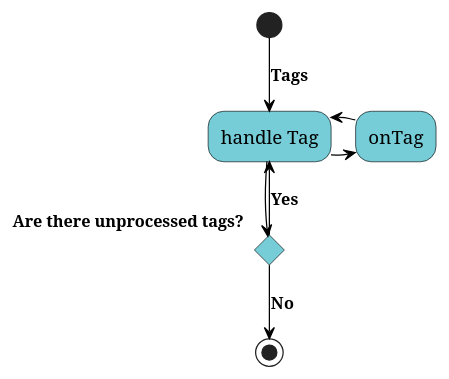
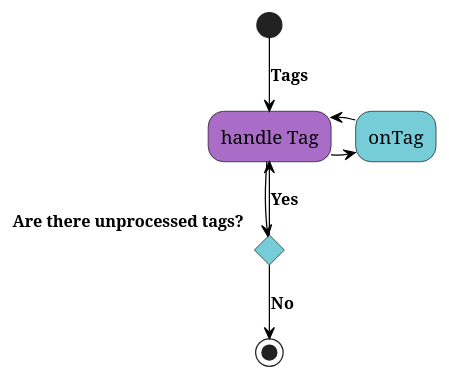
The diagram in src/data/tags.puml (gherking/gherking-docs), drawn with PlantUML before and after one commit. The commit also changed 10 other files, not shown here.

Commit message:
plantuml visualization of the precompiler

```diff
--- a/src/data/tags.puml
+++ b/src/data/tags.puml
@@ -1,19 +1,22 @@
 @startuml
 skinparam activity {
 BackgroundColor #76CDD8
+BackgroundColor<<apply>> #80DA2B
+BackgroundColor<<filter>> #808080
+BackgroundColor<<handle>> #AA6DC7
 ArrowColor black
 ArrowFontSize 13
 ArrowFontStyle bold
 ArrowFontName Segoe UI
 BorderColor black
 FontName Segoe UI
 FontSize 15
 }
 (*) -->[Tags] "handle Tag"
 -right-> "onTag"
--left-> "handle Tag"
+-left-> "handle Tag"<<handle>>
 If "Are there unprocessed tags?"
 --> [Yes] "handle Tag"
 else
 -->[No] (*)
 @enduml
```
